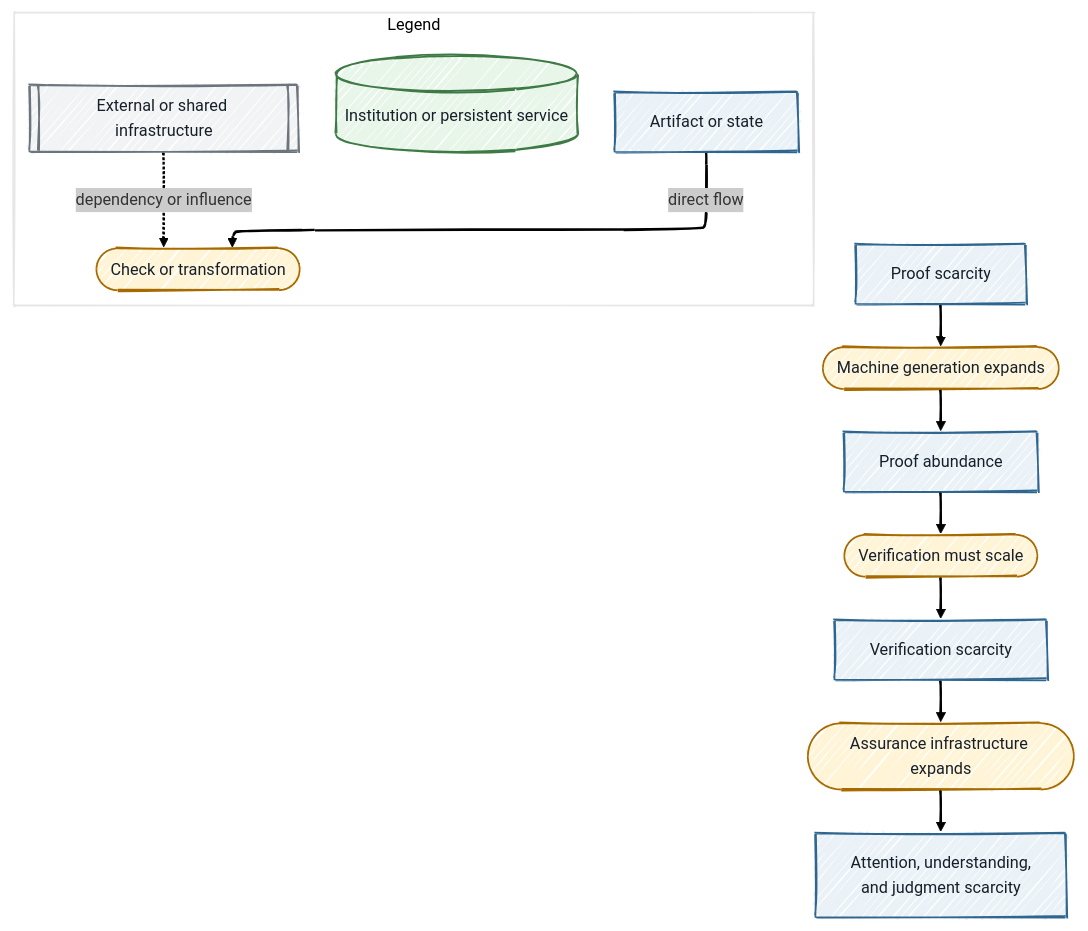
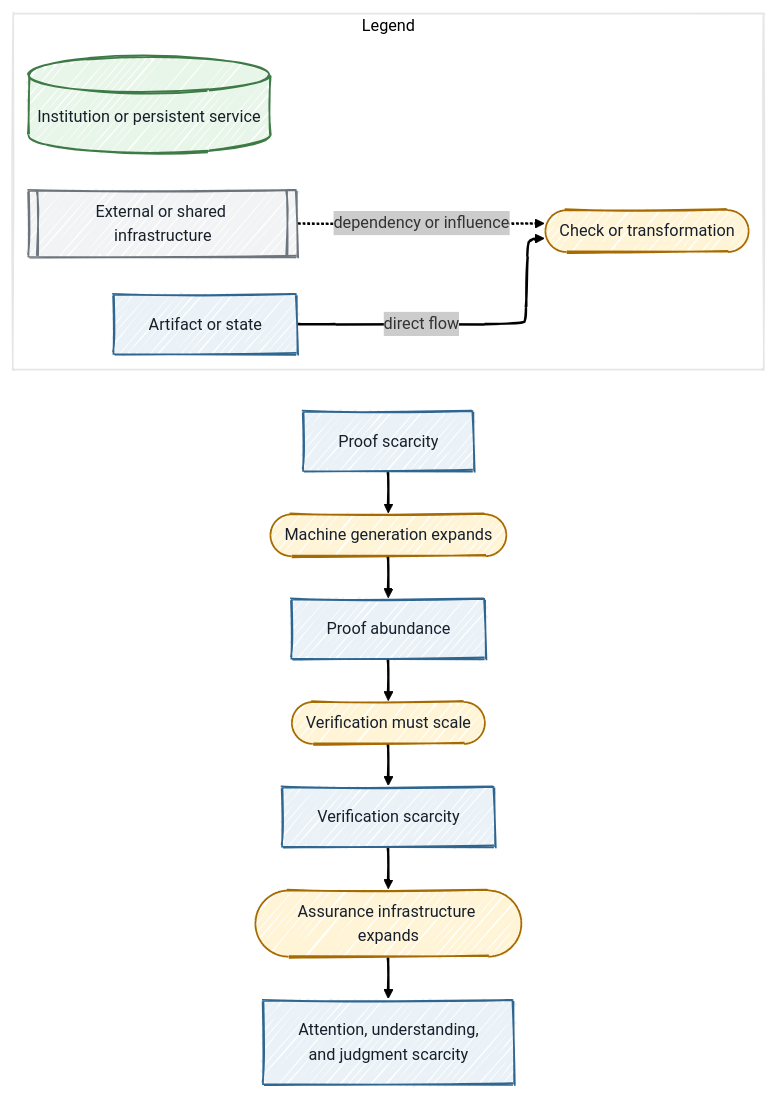
One commit to antomon/antomon.github.io changed the first of 11 diagrams in posts/after-proof-abundance-palomar-and-the-new-infrastructure-of-mathematical-trust/index.qmd. Above: the diagram before and after it, drawn with Mermaid. The commit also changed other lines of this file and 94 other files, not shown here.

````diff
--- a/posts/after-proof-abundance-palomar-and-the-new-infrastructure-of-mathematical-trust/index.qmd
+++ b/posts/after-proof-abundance-palomar-and-the-new-infrastructure-of-mathematical-trust/index.qmd
@@ -29,25 +29,30 @@
 ```{mermaid}
 %%| label: fig-after-proof-abundance-palomar-and-the-new-infrastructure-of-mathematical-trust-scarcity-migration
 %%| fig-cap: 'Scarcity migrates downstream as mathematical production and assurance capabilities expand.'
 %%| fig-alt: 'Proof scarcity passes through expanded machine generation into proof abundance. The resulting volume increases demand for verification infrastructure, after which attention, understanding, and judgment become the dominant downstream bottlenecks. A legend identifies artifacts or states, checks or transformations, institutions or persistent services, external infrastructure, direct flows, and contextual dependencies.'
 %%| fig-align: center
 %%{init: {"theme": "neo", "look": "handDrawn", "layout": "elk"}}%%
 flowchart TD
+
+    subgraph LEG[Legend]
+        direction LR
+
+        LA[Artifact or state]:::artifact -->|direct flow| LP([Check or transformation]):::process
+        LI[(Institution or persistent service)]:::institution
+        LX[[External or shared infrastructure]]:::external -.->|dependency or influence| LP
+    end
+
     A[Proof scarcity]:::artifact --> B([Machine generation expands]):::process
     B --> C[Proof abundance]:::artifact
     C --> D([Verification must scale]):::process
     D --> E[Verification scarcity]:::artifact
     E --> F([Assurance infrastructure expands]):::process
     F --> G[Attention, understanding,<br/>and judgment scarcity]:::artifact
 
-    subgraph LEG[Legend]
-        LA[Artifact or state]:::artifact -->|direct flow| LP([Check or transformation]):::process
-        LI[(Institution or persistent service)]:::institution
-        LX[[External or shared infrastructure]]:::external -.->|dependency or influence| LP
-    end
+    LEG ~~~ A
 
     classDef artifact fill:#EAF2F8,stroke:#2F6690,color:#17202A,stroke-width:1.5px
     classDef process fill:#FFF4D6,stroke:#A66A00,color:#17202A,stroke-width:1.5px
     classDef institution fill:#E8F5E9,stroke:#3D7A45,color:#17202A,stroke-width:1.5px
     classDef external fill:#F2F3F4,stroke:#6C757D,color:#17202A,stroke-width:1.5px
 ```
````
